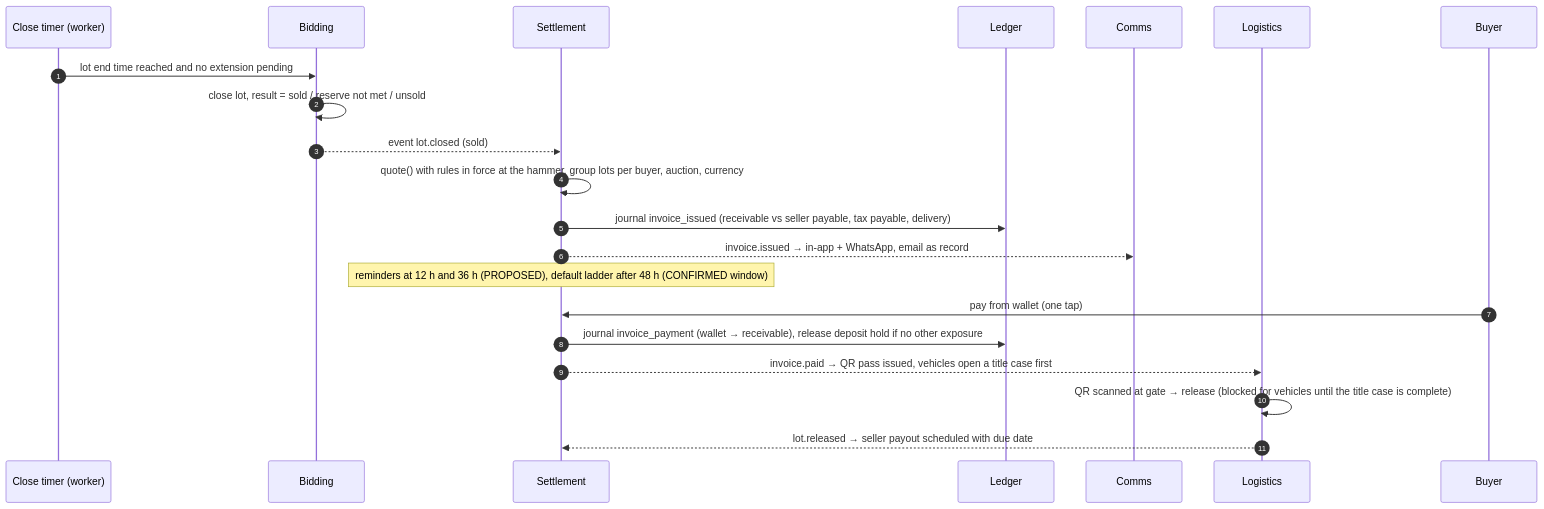
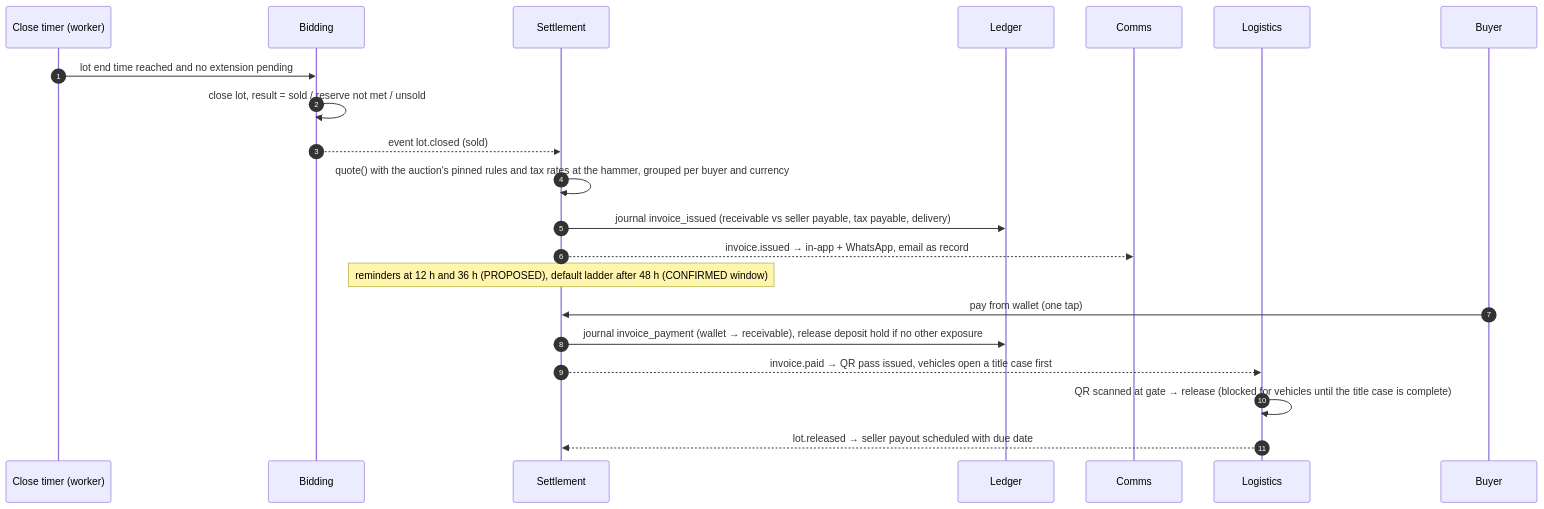
One commit to seanshairah/AUCTION-PLATFORM changed the fifth of 6 diagrams in docs/01-solution-architecture.md. Above: the diagram before and after it, drawn with Mermaid. The commit also changed other lines of this file and 55 other files, not shown here.

````diff
--- a/docs/01-solution-architecture.md
+++ b/docs/01-solution-architecture.md
@@ -254,23 +254,23 @@
 ```mermaid
 sequenceDiagram
   autonumber
   participant T as Close timer (worker)
   participant BID as Bidding
   participant SET as Settlement
   participant LED as Ledger
   participant COM as Comms
   participant LOG as Logistics
   T->>BID: lot end time reached and no extension pending
   BID->>BID: close lot, result = sold / reserve not met / unsold
   BID-->>SET: event lot.closed (sold)
-  SET->>SET: quote() with rules in force at the hammer, group lots per buyer, auction, currency
+  SET->>SET: quote() with the auction's pinned rules and tax rates at the hammer, grouped per buyer and currency
   SET->>LED: journal invoice_issued (receivable vs seller payable, tax payable, delivery)
   SET-->>COM: invoice.issued → in-app + WhatsApp, email as record
   Note over SET: reminders at 12 h and 36 h (PROPOSED), default ladder after 48 h (CONFIRMED window)
   participant BUY as Buyer
   BUY->>SET: pay from wallet (one tap)
   SET->>LED: journal invoice_payment (wallet → receivable), release deposit hold if no other exposure
   SET-->>LOG: invoice.paid → QR pass issued, vehicles open a title case first
   LOG->>LOG: QR scanned at gate → release (blocked for vehicles until the title case is complete)
   LOG-->>SET: lot.released → seller payout scheduled with due date
 ```
````
